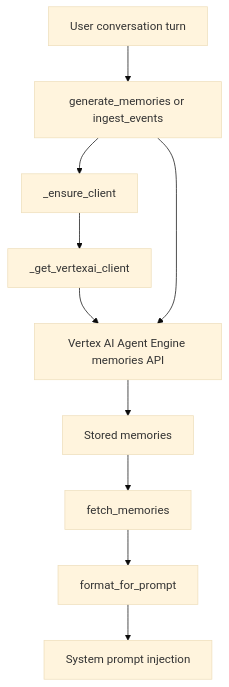
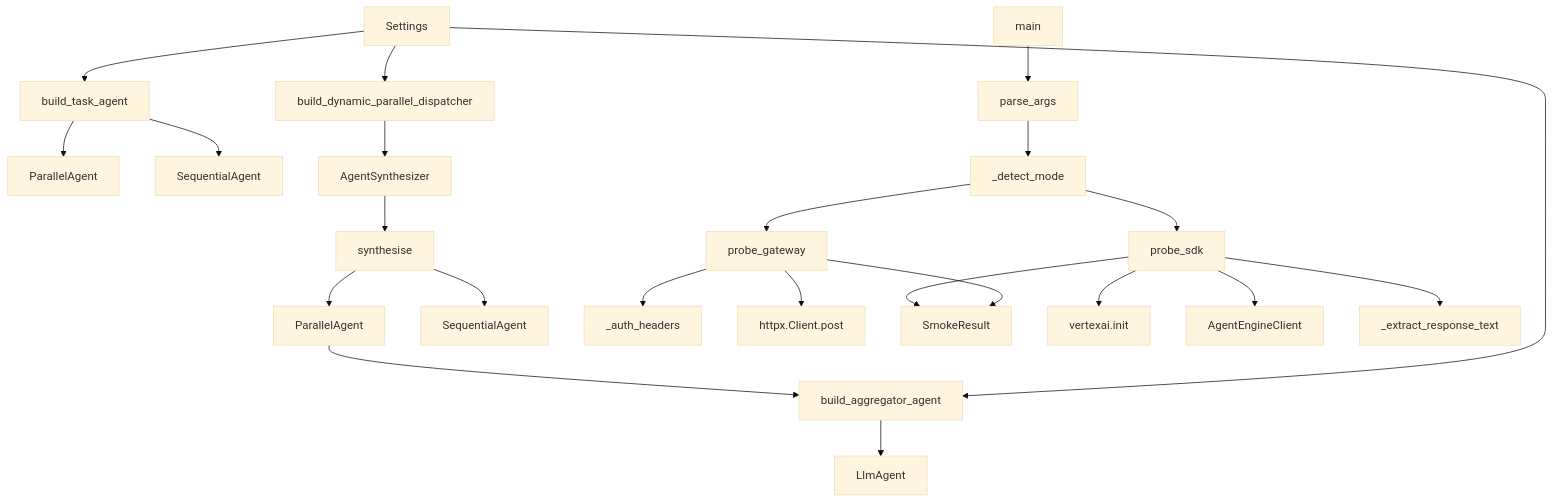
One commit to unrealandychan/gcp-hermes-agnet changed the second of 2 diagrams in .rekipedia/wiki/algorithms.md. Above: the diagram before and after it, drawn with Mermaid (base theme). The commit also changed other lines of this file and 16 other files, not shown here.

````diff
--- a/.rekipedia/wiki/algorithms.md
+++ b/.rekipedia/wiki/algorithms.md
@@ -266,22 +227,28 @@
 ```mermaid
 flowchart TD
-    A[User conversation turn]
-    B[generate_memories or ingest_events]
-    C[_ensure_client]
-    D[_get_vertexai_client]
-    E[Vertex AI Agent Engine memories API]
-    F[Stored memories]
-    G[fetch_memories]
-    H[format_for_prompt]
-    I[System prompt injection]
+    A[Settings] --> B[build_task_agent]
+    A --> C[build_dynamic_parallel_dispatcher]
+    A --> D[build_aggregator_agent]
 
-    A --> B
-    B --> C
-    C --> D
-    D --> E
-    B --> E
-    E --> F
-    F --> G
-    G --> H
-    H --> I
+    B --> E[ParallelAgent]
+    B --> F[SequentialAgent]
+    D --> G[LlmAgent]
+
+    C --> H[AgentSynthesizer]
+    H --> I[synthesise]
+    I --> J[ParallelAgent]
+    I --> K[SequentialAgent]
+    J --> D
+
+    L[main] --> M[parse_args]
+    M --> N[_detect_mode]
+    N --> O[probe_gateway]
+    N --> P[probe_sdk]
+    O --> Q[_auth_headers]
+    O --> R[httpx.Client.post]
+    O --> S[SmokeResult]
+    P --> T[vertexai.init]
+    P --> U[AgentEngineClient]
+    P --> V[_extract_response_text]
+    P --> S
 ```
````
